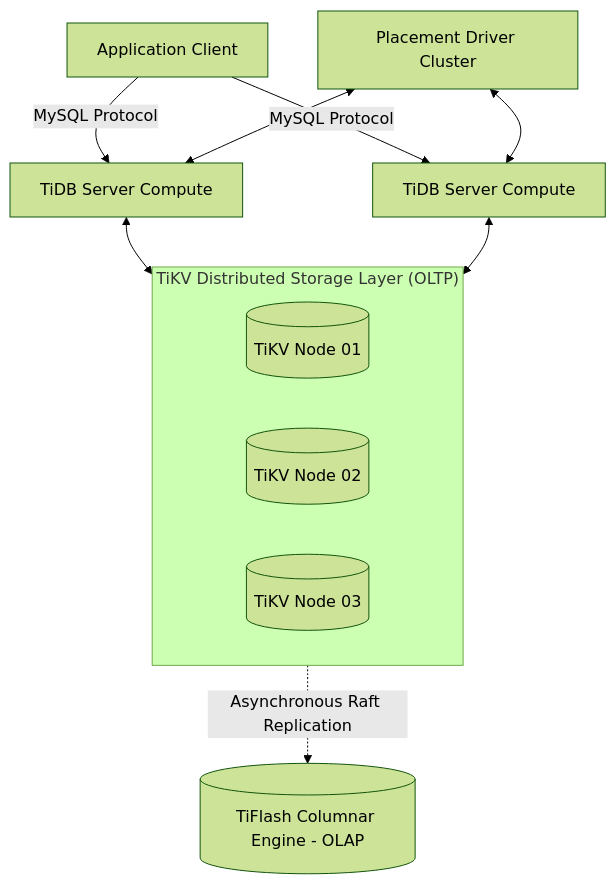
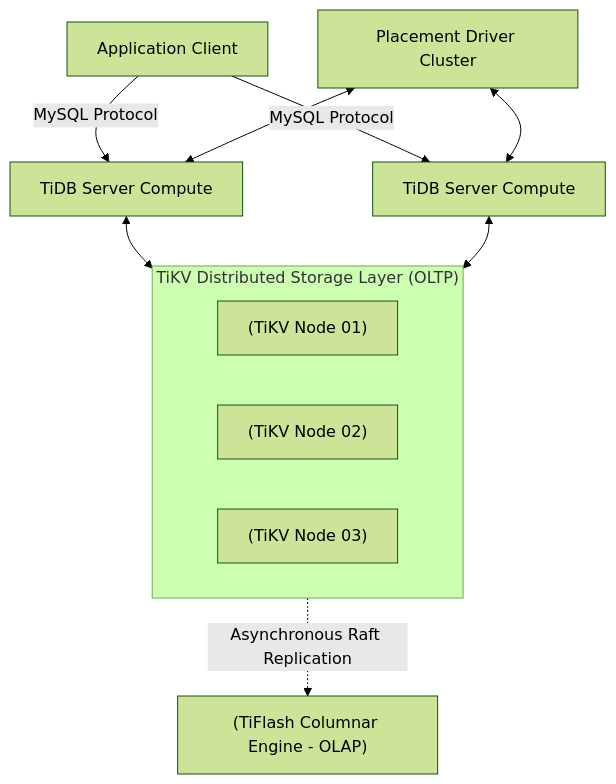
Before and after one commit to vesviet/vesviet: the third of 3 diagrams in content/posts/mysql-scaling-sharding-tidb-architecture.md, drawn with Mermaid (forest theme). The commit also changed other lines of this file and 331 other files, not shown here.

````diff
--- a/content/posts/mysql-scaling-sharding-tidb-architecture.md
+++ b/content/posts/mysql-scaling-sharding-tidb-architecture.md
@@ -176,19 +176,19 @@
 ```mermaid
 flowchart TD
-    App[Application Client] -->|MySQL Protocol| TiDB1[TiDB Server Compute]
-    App -->|MySQL Protocol| TiDB2[TiDB Server Compute]
+    App["Application Client"] -->|"MySQL Protocol"| TiDB1["TiDB Server Compute"]
+    App -->|"MySQL Protocol"| TiDB2["TiDB Server Compute"]
     
-    PD[Placement Driver Cluster] <--> TiDB1
+    PD["Placement Driver Cluster"] <--> TiDB1
     PD <--> TiDB2
     
     TiDB1 <--> TiKV_Group
     TiDB2 <--> TiKV_Group
     
     subgraph TiKV_Group["TiKV Distributed Storage Layer (OLTP)"]
-        TiKV1[(TiKV Node 01)]
-        TiKV2[(TiKV Node 02)]
-        TiKV3[(TiKV Node 03)]
+        TiKV1["(TiKV Node 01)"]
+        TiKV2["(TiKV Node 02)"]
+        TiKV3["(TiKV Node 03)"]
     end
     
-    TiKV_Group -.->|Asynchronous Raft Replication| TiFlash[(TiFlash Columnar Engine - OLAP)]
+    TiKV_Group -.->|"Asynchronous Raft Replication"| TiFlash["(TiFlash Columnar Engine - OLAP)"]
 ```
````
